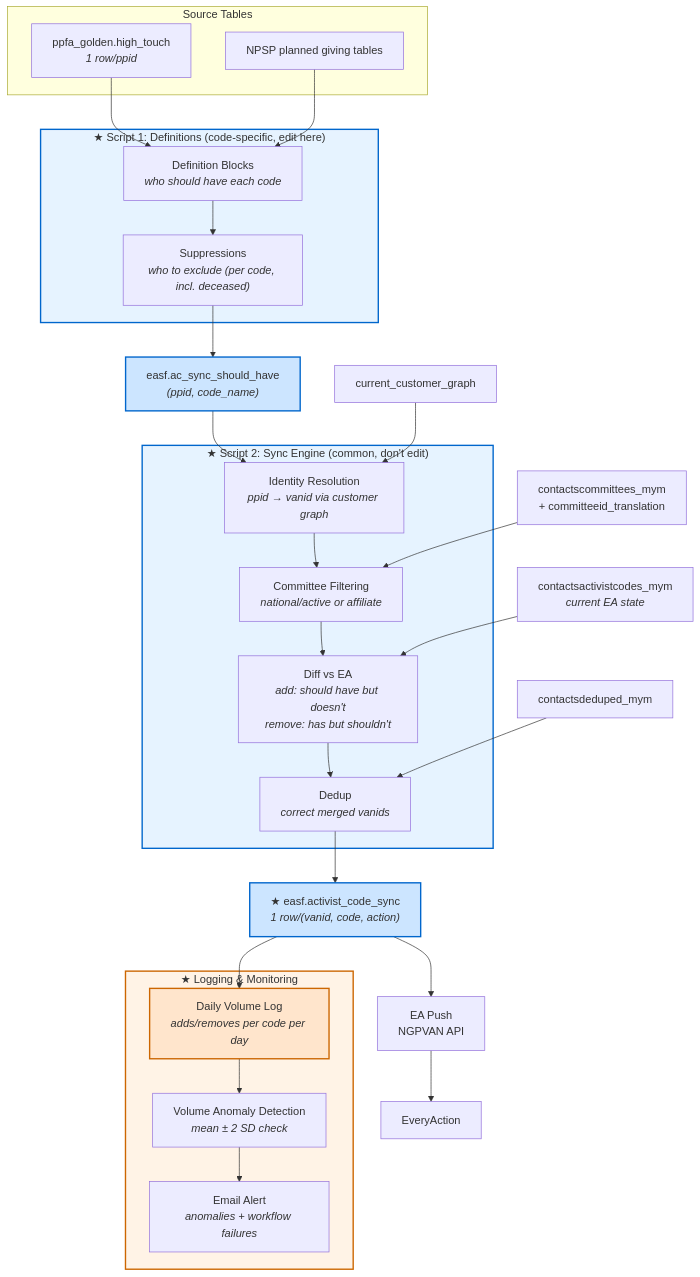
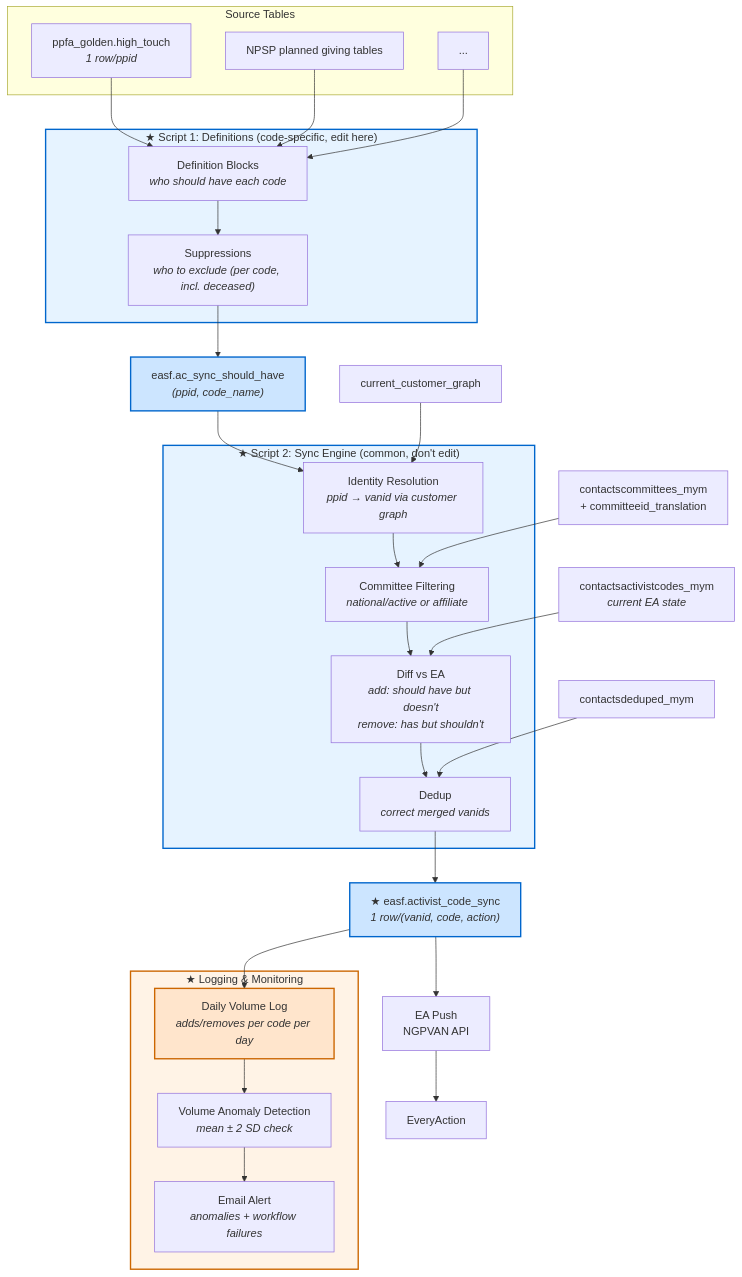
Before and after one commit to arielkaplanppfa/Civis: the diagram in Activist Code Workflows - Summary and Proposal.md, drawn with Mermaid. The commit also changed 1 other file, not shown here.

````diff
--- a/Activist Code Workflows - Summary and Proposal.md
+++ b/Activist Code Workflows - Summary and Proposal.md
@@ -649,58 +649,60 @@
 ```mermaid
 graph TD
     subgraph Sources["Source Tables"]
         ht["ppfa_golden.high_touch<br/><i>1 row/ppid</i>"]
         pg["NPSP planned giving tables"]
+        other["..."]
     end
 
     subgraph SCRIPT1["★ Script 1: Definitions (code-specific, edit here)"]
         defs["Definition Blocks<br/><i>who should have each code</i>"]
         suppress["Suppressions<br/><i>who to exclude (per code, incl. deceased)</i>"]
     end
 
     bridge["easf.ac_sync_should_have<br/><i>(ppid, code_name)</i>"]
 
     subgraph SCRIPT2["★ Script 2: Sync Engine (common, don't edit)"]
         resolve["Identity Resolution<br/><i>ppid → vanid via customer graph</i>"]
         committee["Committee Filtering<br/><i>national/active or affiliate</i>"]
         diff["Diff vs EA<br/><i>add: should have but doesn't<br/>remove: has but shouldn't</i>"]
         dedup["Dedup<br/><i>correct merged vanids</i>"]
     end
 
     output["★ easf.activist_code_sync<br/><i>1 row/(vanid, code, action)</i>"]
     push["EA Push<br/>NGPVAN API"]
     EA["EveryAction"]
 
     subgraph MONITORING["★ Logging & Monitoring"]
         log["Daily Volume Log<br/><i>adds/removes per code per day</i>"]
         anomaly["Volume Anomaly Detection<br/><i>mean ± 2 SD check</i>"]
         alert["Email Alert<br/><i>anomalies + workflow failures</i>"]
     end
 
     ht --> defs
     pg --> defs
+    other --> defs
     defs --> suppress
     suppress --> bridge
 
     bridge --> resolve
     ccg["current_customer_graph"] --> resolve
     resolve --> committee
     cc["contactscommittees_mym<br/>+ committeeid_translation"] --> committee
     committee --> diff
     ac["contactsactivistcodes_mym<br/><i>current EA state</i>"] --> diff
     diff --> dedup
     dd["contactsdeduped_mym"] --> dedup
     dedup --> output
     output --> push
     output --> log
     log --> anomaly
     anomaly --> alert
     push --> EA
 
     style SCRIPT1 fill:#e6f3ff,stroke:#0066cc,stroke-width:2px
     style SCRIPT2 fill:#e6f3ff,stroke:#0066cc,stroke-width:2px
     style MONITORING fill:#fff3e6,stroke:#cc6600,stroke-width:2px
     style bridge fill:#cce5ff,stroke:#0066cc,stroke-width:2px
     style output fill:#cce5ff,stroke:#0066cc,stroke-width:2px
     style log fill:#ffe5cc,stroke:#cc6600,stroke-width:2px
 ```
````
